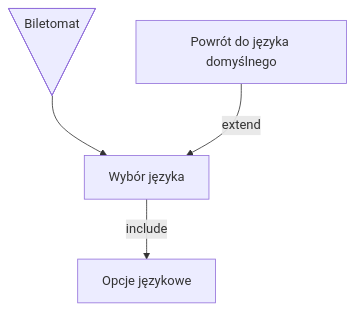
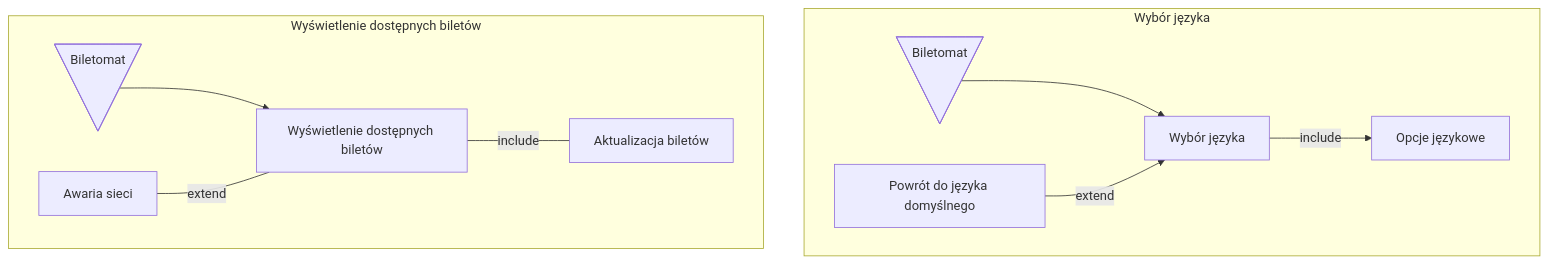
One commit to MarcinMarszewski/dowolna_nazwa changed the diagram in userstories/biletomat.md. Above: the diagram before and after it, drawn with Mermaid.

````diff
--- a/userstories/biletomat.md
+++ b/userstories/biletomat.md
@@ -11,8 +11,19 @@
 ```mermaid
-flowchart TD;
+flowchart TD
+subgraph "Wybór języka"
   A@{ shape: manual-file, label: "Biletomat" } --> UC1
   UC1[Wybór języka] --include--> UC2;
   UC3 --extend--> UC1;
   UC2[Opcje językowe];
   UC3[Powrót do języka domyślnego];
+end
+subgraph "Wyświetlenie dostępnych biletów"
+  B@{ shape: manual-file, label: "Biletomat" }
+  UC4[Wyświetlenie dostępnych biletów]
+  UC5[Aktualizacja biletów]
+  UC6[Awaria sieci]
+  B --> UC4
+  UC4-- include ---UC5
+  UC6-- extend ---UC4
+end
 ```
````
